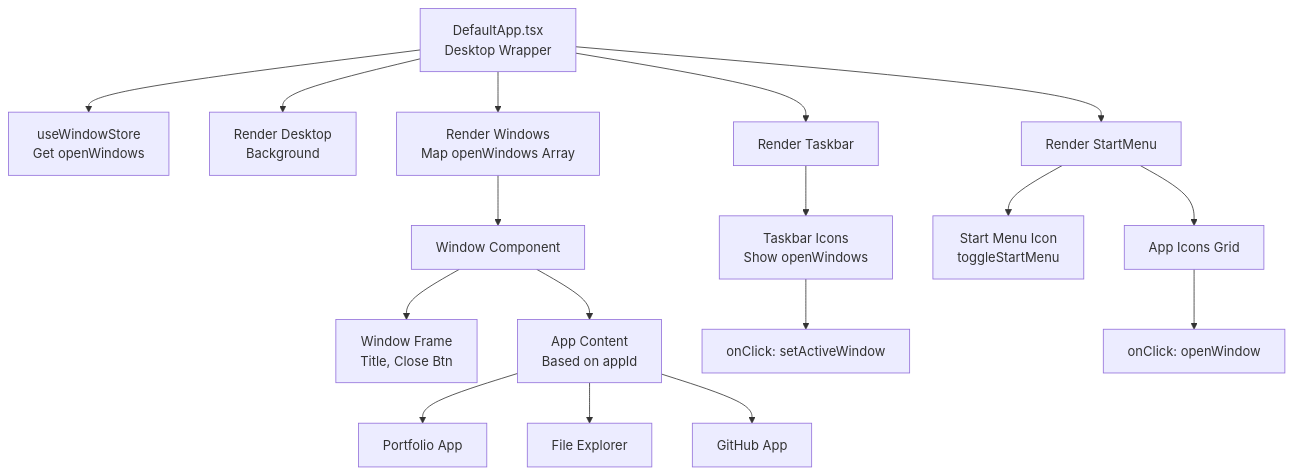
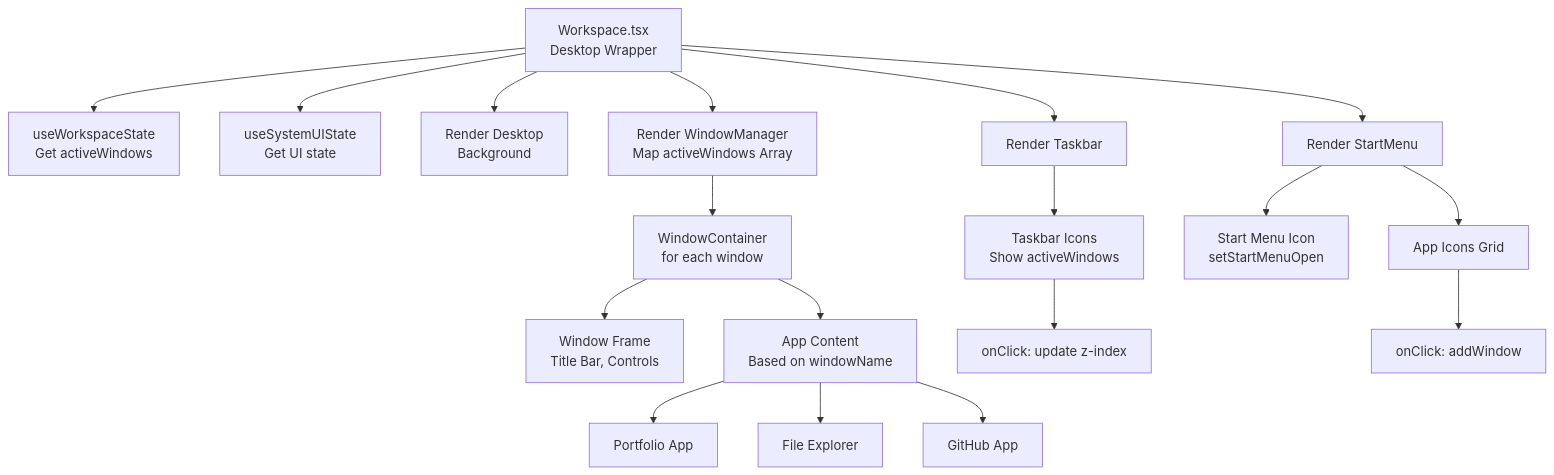
One commit to NatsuDrag9/portfolio-os changed the third of 9 diagrams in docs/COMPONENT_RELATIONSHIPS.md. Above: the diagram before and after it, drawn with Mermaid. The commit also changed other lines of this file and 7 other files, not shown here.

Commit message:
docs(app): correct architecture doc and add more docs

````diff
--- a/docs/COMPONENT_RELATIONSHIPS.md
+++ b/docs/COMPONENT_RELATIONSHIPS.md
@@ -80,26 +81,27 @@
 ```mermaid
 graph TD
-    A["DefaultApp.tsx<br/>Desktop Wrapper"]
+    A["Workspace.tsx<br/>Desktop Wrapper"]
 
-    A --> A1["useWindowStore<br/>Get openWindows"]
+    A --> A1["useWorkspaceState<br/>Get activeWindows"]
+    A --> A2["useSystemUIState<br/>Get UI state"]
 
     A --> B["Render Desktop<br/>Background"]
-    A --> C["Render Windows<br/>Map openWindows Array"]
+    A --> C["Render WindowManager<br/>Map activeWindows Array"]
     A --> D["Render Taskbar"]
     A --> E["Render StartMenu"]
 
-    C --> C1["Window Component"]
-    C1 --> C1a["Window Frame<br/>Title, Close Btn"]
-    C1 --> C1b["App Content<br/>Based on appId"]
+    C --> C1["WindowContainer<br/>for each window"]
+    C1 --> C1a["Window Frame<br/>Title Bar, Controls"]
+    C1 --> C1b["App Content<br/>Based on windowName"]
 
     C1b --> C1b1["Portfolio App"]
     C1b --> C1b2["File Explorer"]
     C1b --> C1b3["GitHub App"]
 
-    D --> D1["Taskbar Icons<br/>Show openWindows"]
-    D1 --> D1a["onClick: setActiveWindow"]
+    D --> D1["Taskbar Icons<br/>Show activeWindows"]
+    D1 --> D1a["onClick: update z-index"]
 
-    E --> E1["Start Menu Icon<br/>toggleStartMenu"]
+    E --> E1["Start Menu Icon<br/>setStartMenuOpen"]
     E --> E2["App Icons Grid"]
-    E2 --> E2a["onClick: openWindow"]
+    E2 --> E2a["onClick: addWindow"]
 ```
````
